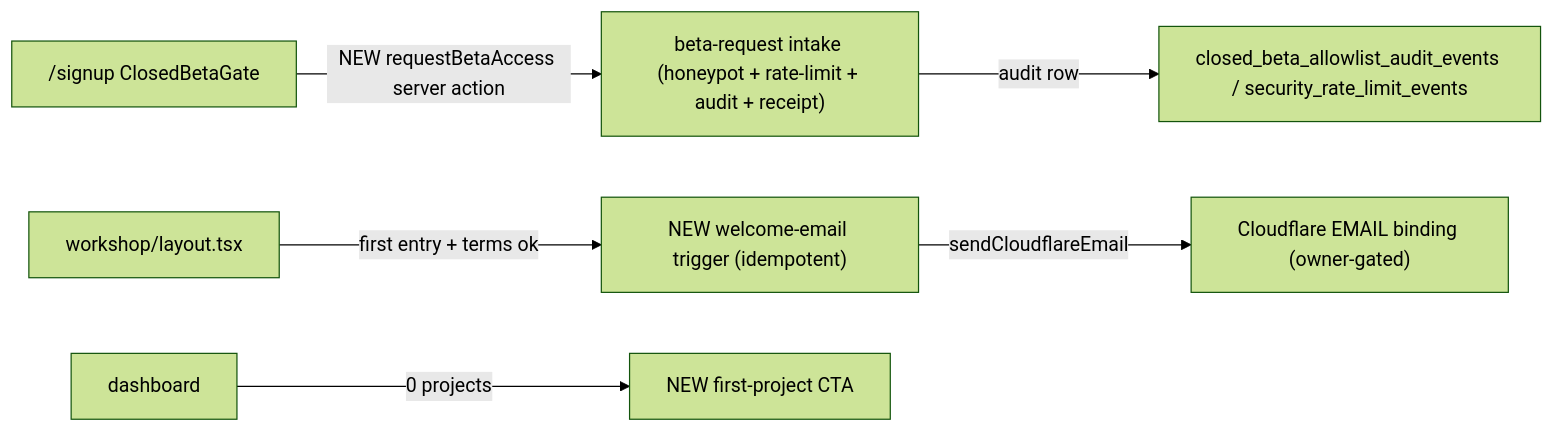
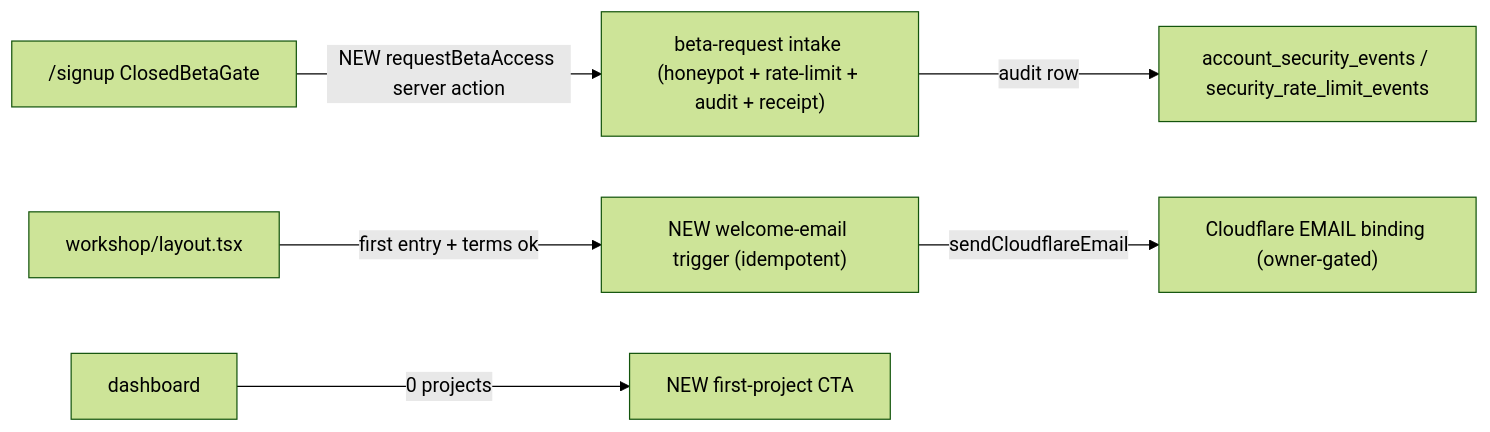
The second of 2 diagrams in .ai/03_plans/2026-07-07-public-to-beta-trust-onboarding-continuity/06_ARCHITECTURE_AND_TECHNICAL_DESIGN.md (pjel888/archestimator), drawn with Mermaid (forest theme) before and after one commit. The commit also changed other lines of this file and 15 other files, not shown here.

````diff
--- a/.ai/03_plans/2026-07-07-public-to-beta-trust-onboarding-continuity/06_ARCHITECTURE_AND_TECHNICAL_DESIGN.md
+++ b/.ai/03_plans/2026-07-07-public-to-beta-trust-onboarding-continuity/06_ARCHITECTURE_AND_TECHNICAL_DESIGN.md
@@ -46,8 +46,8 @@
 ```mermaid
 flowchart LR
   SIGNUP["/signup ClosedBetaGate"] -- "NEW requestBetaAccess server action" --> INTAKE["beta-request intake (honeypot + rate-limit + audit + receipt)"]
-  INTAKE -- "audit row" --> D1AUDIT["closed_beta_allowlist_audit_events / security_rate_limit_events"]
+  INTAKE -- "audit row" --> D1AUDIT["account_security_events / security_rate_limit_events"]
   WLAY["workshop/layout.tsx"] -- "first entry + terms ok" --> WELCOME["NEW welcome-email trigger (idempotent)"]
   WELCOME -- "sendCloudflareEmail" --> EMAIL["Cloudflare EMAIL binding (owner-gated)"]
   DASH["dashboard"] -- "0 projects" --> CTA["NEW first-project CTA"]
 ```
````
